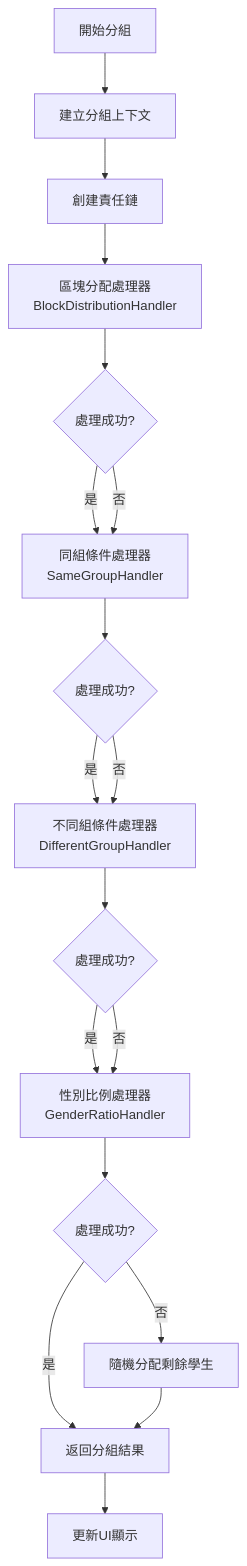
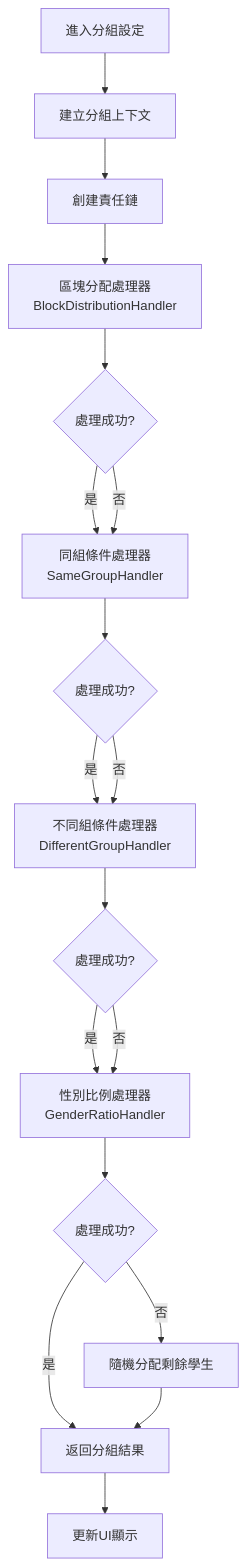
Before and after one commit to kuanchungfeng/TeamShuffle: the first of 4 diagrams in docs/architecture-diagram.md, drawn with Mermaid. The commit also changed 4 other files, not shown here.

````diff
--- a/docs/architecture-diagram.md
+++ b/docs/architecture-diagram.md
@@ -5,25 +5,25 @@
 ```mermaid
 graph TD
-    A[開始分組] --> B[建立分組上下文]
+    A[進入分組設定] --> B[建立分組上下文]
     B --> C[創建責任鏈]
 
     C --> D[區塊分配處理器<br/>BlockDistributionHandler]
     D --> E{處理成功?}
     E -->|是| F[同組條件處理器<br/>SameGroupHandler]
     E -->|否| F
 
     F --> G{處理成功?}
     G -->|是| H[不同組條件處理器<br/>DifferentGroupHandler]
     G -->|否| H
 
     H --> I{處理成功?}
     I -->|是| J[性別比例處理器<br/>GenderRatioHandler]
     I -->|否| J
 
     J --> K{處理成功?}
     K -->|是| L[返回分組結果]
     K -->|否| M[隨機分配剩餘學生]
     M --> L
 
     L --> N[更新UI顯示]
 ```
````
